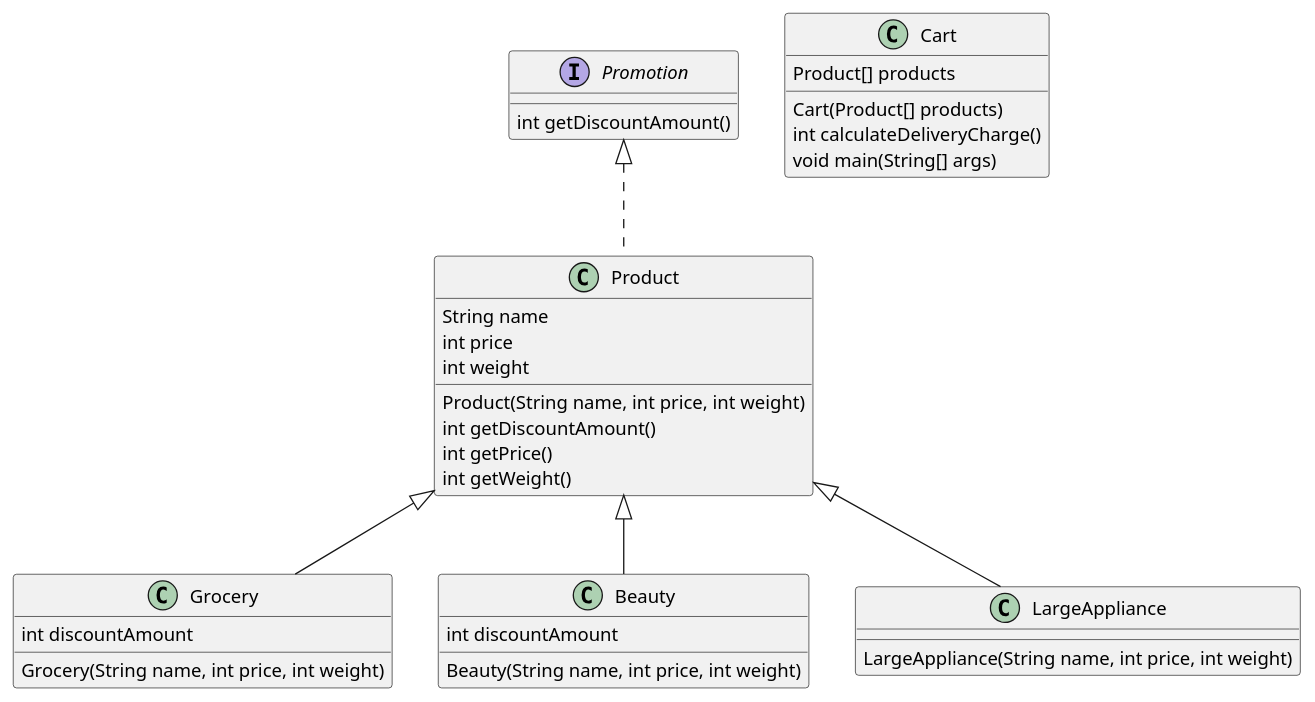
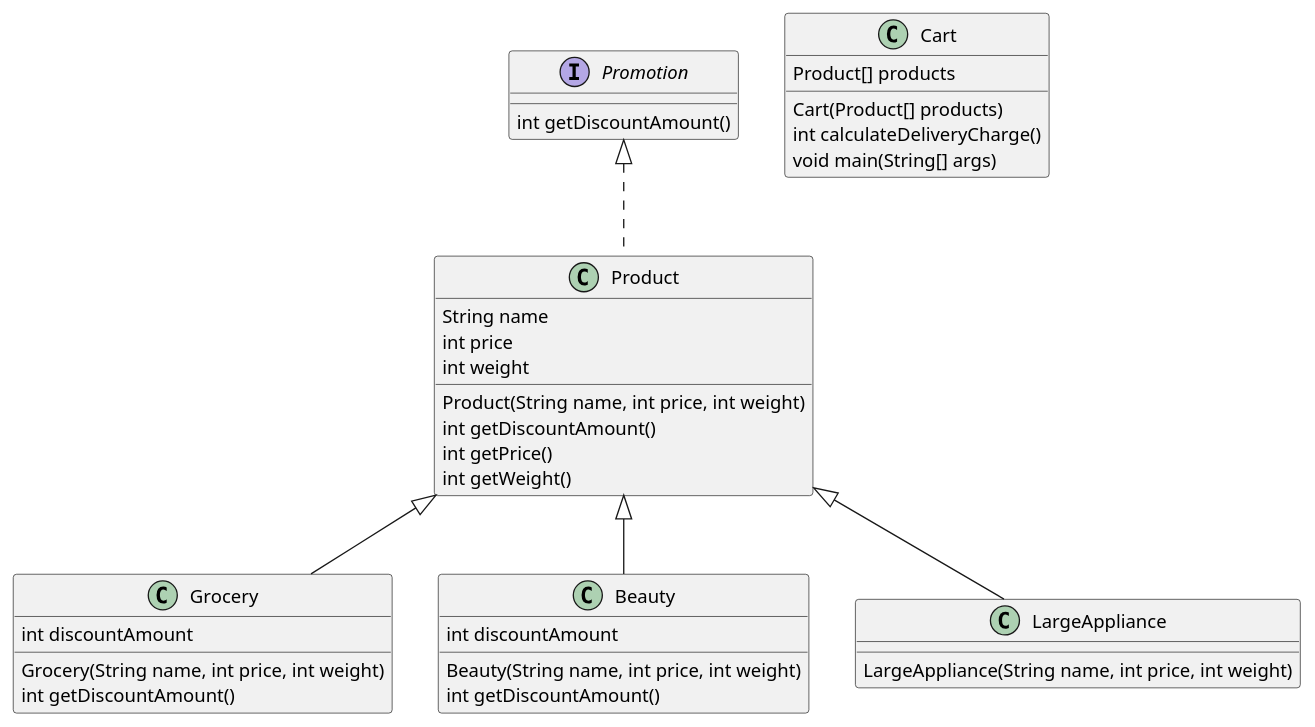
The diagram in src/Quiz/WeeklyQuiz/Interface/Product.puml (yoonjong-j/Java-Study), drawn with PlantUML before and after one commit.

Commit message:
puml 수정

```diff
--- a/src/Quiz/WeeklyQuiz/Interface/Product.puml
+++ b/src/Quiz/WeeklyQuiz/Interface/Product.puml
@@ -1,38 +1,40 @@
 @startuml
 
 interface Promotion {
     int getDiscountAmount()
 }
 
 class Product implements Promotion {
     String name
     int price
     int weight
     Product(String name, int price, int weight)
     int getDiscountAmount()
     int getPrice()
     int getWeight()
 }
 
 class Cart {
     Product[] products
     Cart(Product[] products)
     int calculateDeliveryCharge()
     void main(String[] args)
 }
 
 class Grocery extends Product {
     int discountAmount
     Grocery(String name, int price, int weight)
+    int getDiscountAmount()
 }
 
 class Beauty extends Product {
     int discountAmount
     Beauty(String name, int price, int weight)
+    int getDiscountAmount()
 }
 
 class LargeAppliance extends Product {
     LargeAppliance(String name, int price, int weight)
 }
 
 @enduml
```
